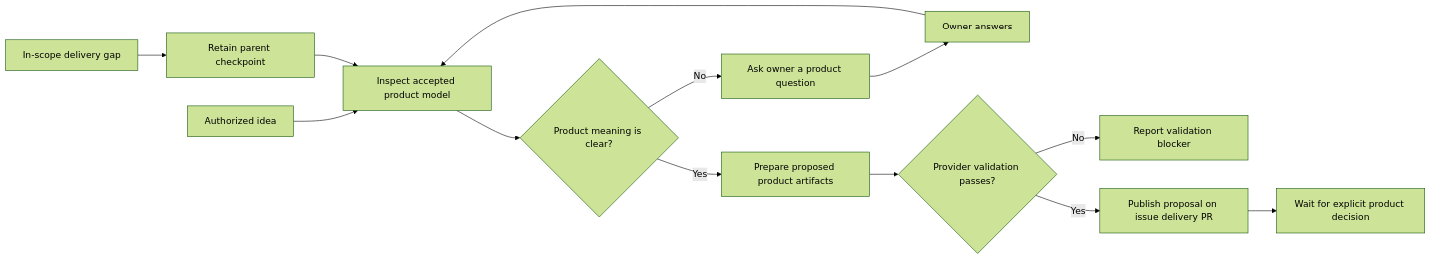
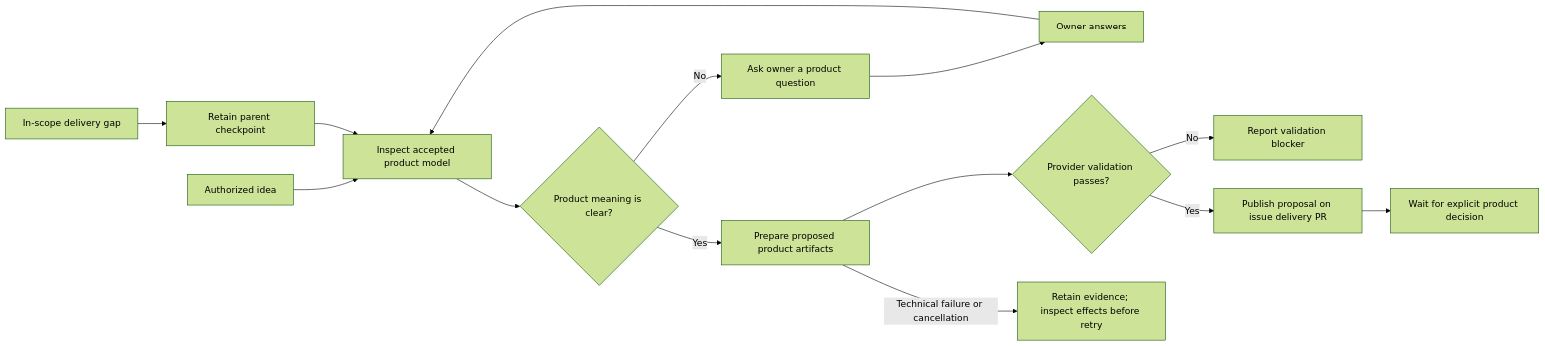
One commit to juangcarmona/lighthouse changed the diagram in docs/architecture/06-runtime-view/product-change.md. Above: the diagram before and after it, drawn with Mermaid (forest theme). The commit also changed other lines of this file and 17 other files, not shown here.

````diff
--- a/docs/architecture/06-runtime-view/product-change.md
+++ b/docs/architecture/06-runtime-view/product-change.md
@@ -5,17 +5,18 @@
 ```mermaid
 flowchart LR
     accTitle: Product Change preparation
     accDescr: An authorized idea, product answer or in-scope delivery gap enters the installed ProductShape workflow. The worker proposes a product delta and asks for an explicit decision.
     Idea[Authorized idea] --> Inspect[Inspect accepted product model]
     Gap[In-scope delivery gap] --> Checkpoint[Retain parent checkpoint]
     Checkpoint --> Inspect
     Inspect --> Known{Product meaning is clear?}
     Known -->|No| Question[Ask owner a product question]
     Question --> Answer[Owner answers]
     Answer --> Inspect
     Known -->|Yes| Propose[Prepare proposed product artifacts]
     Propose --> Validate{Provider validation passes?}
     Validate -->|No| Block[Report validation blocker]
     Validate -->|Yes| PR[Publish proposal on issue delivery PR]
     PR --> Decision[Wait for explicit product decision]
+    Propose -->|Technical failure or cancellation| Failure[Retain evidence; inspect effects before retry]
 ```
````
